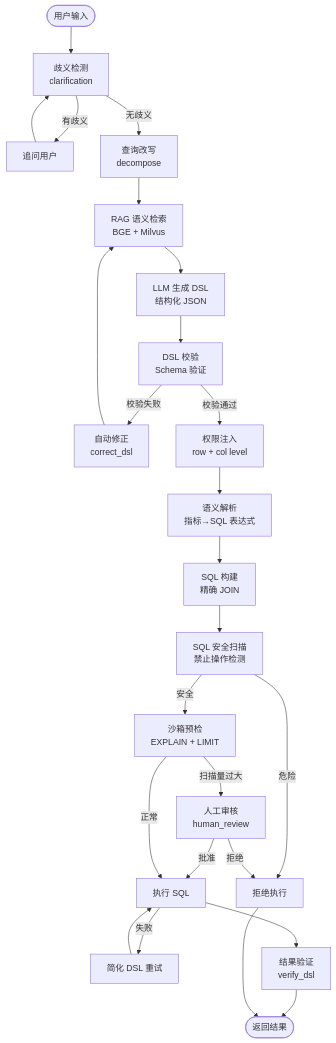
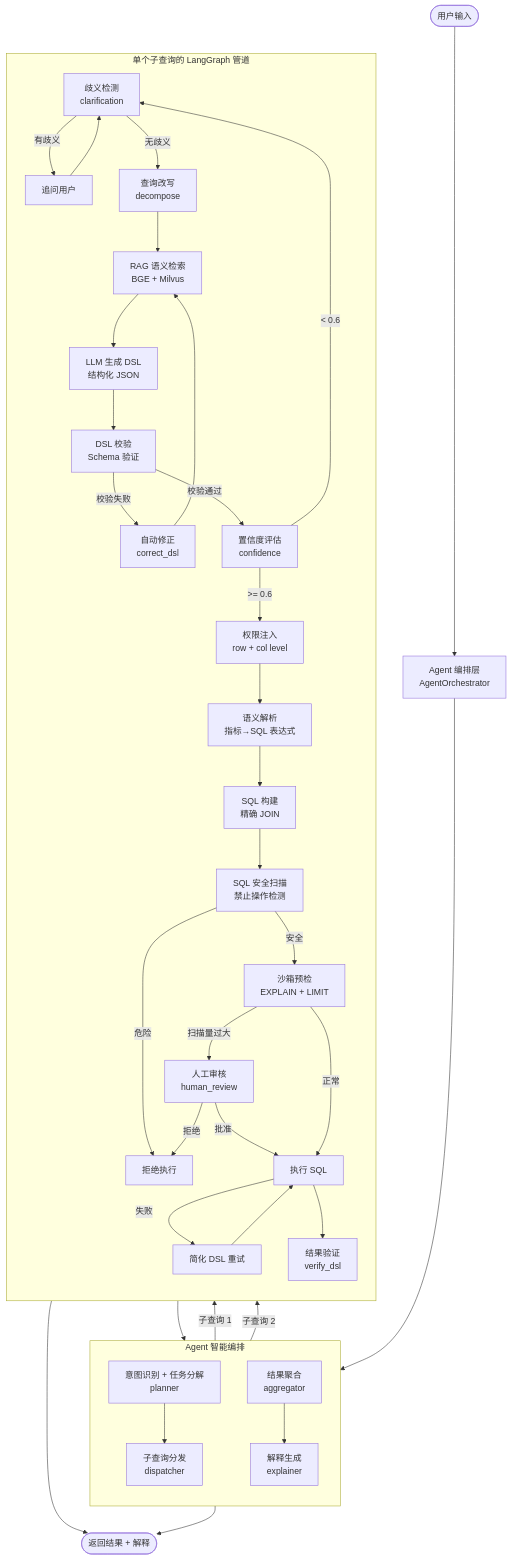
The second of 2 diagrams in README.md (kobegy248/nl2dsl-engine), drawn with Mermaid before and after one commit. The commit also changed other lines of this file and 60 other files, not shown here.

````diff
--- a/README.md
+++ b/README.md
@@ -357,34 +482,49 @@
 ```mermaid
 flowchart TB
-    Start([用户输入]) --> Clarify["歧义检测<br/>clarification"]
+    Start([用户输入]) --> AgentPlan["Agent 编排层<br/>AgentOrchestrator"]
 
-    Clarify -->|"有歧义"| Ask["追问用户"]
-    Ask --> Clarify
-    Clarify -->|"无歧义"| Decompose["查询改写<br/>decompose"]
+    subgraph Agent["Agent 智能编排"]
+        direction TB
+        Plan["意图识别 + 任务分解<br/>planner"]
+        Dispatch["子查询分发<br/>dispatcher"]
+        Agg["结果聚合<br/>aggregator"]
+        Explain["解释生成<br/>explainer"]
+    end
 
-    Decompose --> RAG["RAG 语义检索<br/>BGE + Milvus"]
-    RAG --> LLM["LLM 生成 DSL<br/>结构化 JSON"]
-    LLM --> Validate["DSL 校验<br/>Schema 验证"]
+    subgraph Pipeline["单个子查询的 LangGraph 管道"]
+        direction TB
+        Clarify["歧义检测<br/>clarification"]
+        Clarify -->|"有歧义"| Ask["追问用户"]
+        Ask --> Clarify
+        Clarify -->|"无歧义"| Decompose["查询改写<br/>decompose"]
+        Decompose --> RAG["RAG 语义检索<br/>BGE + Milvus"]
+        RAG --> LLM["LLM 生成 DSL<br/>结构化 JSON"]
+        LLM --> Validate["DSL 校验<br/>Schema 验证"]
+        Validate -->|"校验失败"| Correct["自动修正<br/>correct_dsl"]
+        Correct --> RAG
+        Validate -->|"校验通过"| Confidence["置信度评估<br/>confidence"]
+        Confidence -->|"< 0.6"| Clarify
+        Confidence -->|">= 0.6"| Permission["权限注入<br/>row + col level"]
+        Permission --> Resolve["语义解析<br/>指标→SQL 表达式"]
+        Resolve --> Build["SQL 构建<br/>精确 JOIN"]
+        Build --> Scan["SQL 安全扫描<br/>禁止操作检测"]
+        Scan -->|"危险"| Reject["拒绝执行"]
+        Scan -->|"安全"| Sandbox["沙箱预检<br/>EXPLAIN + LIMIT"]
+        Sandbox -->|"扫描量过大"| HumanReview["人工审核<br/>human_review"]
+        HumanReview -->|"批准"| Execute
+        HumanReview -->|"拒绝"| Reject
+        Sandbox -->|"正常"| Execute["执行 SQL"]
+        Execute -->|"失败"| Simplify["简化 DSL 重试"]
+        Simplify --> Execute
+        Execute --> Verify["结果验证<br/>verify_dsl"]
+    end
 
-    Validate -->|"校验失败"| Correct["自动修正<br/>correct_dsl"]
-    Correct --> RAG
-    Validate -->|"校验通过"| Permission["权限注入<br/>row + col level"]
-
-    Permission --> Resolve["语义解析<br/>指标→SQL 表达式"]
-    Resolve --> Build["SQL 构建<br/>精确 JOIN"]
-
-    Build --> Scan["SQL 安全扫描<br/>禁止操作检测"]
-    Scan -->|"危险"| Reject["拒绝执行"]
-    Scan -->|"安全"| Sandbox["沙箱预检<br/>EXPLAIN + LIMIT"]
-
-    Sandbox -->|"扫描量过大"| HumanReview["人工审核<br/>human_review"]
-    HumanReview -->|"批准"| Execute
-    HumanReview -->|"拒绝"| Reject
-    Sandbox -->|"正常"| Execute["执行 SQL"]
-
-    Execute -->|"失败"| Simplify["简化 DSL 重试"]
-    Simplify --> Execute
-    Execute --> Verify["结果验证<br/>verify_dsl"]
-    Verify --> Result(["返回结果"])
+    AgentPlan --> Plan
+    Plan --> Dispatch
+    Dispatch -->|"子查询 1"| Pipeline
+    Dispatch -->|"子查询 2"| Pipeline
+    Pipeline --> Agg
+    Agg --> Explain
+    Explain --> Result(["返回结果 + 解释"])
     Reject --> Result
 ```
````
